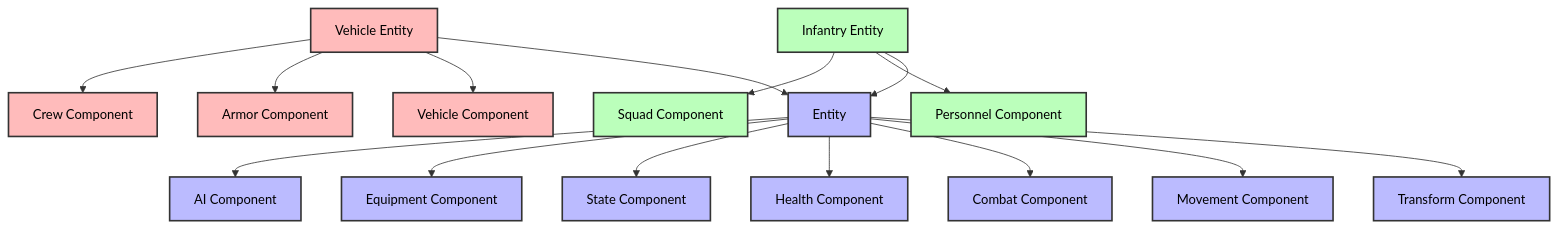
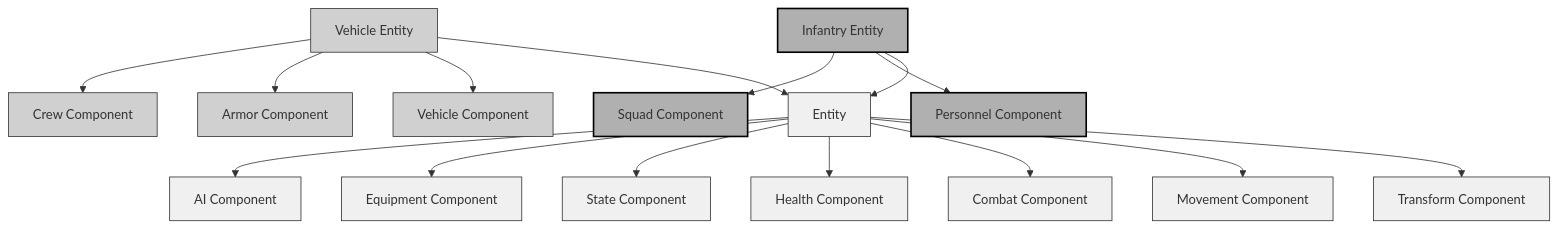
One commit to jukofyork/close-combat-architecture-study changed the fifth of 8 diagrams in appendix_b_unit_attribute_systems.md. Above: the diagram before and after it, drawn with Mermaid. The commit also changed other lines of this file and 15 other files, not shown here.

````diff
--- a/appendix_b_unit_attribute_systems.md
+++ b/appendix_b_unit_attribute_systems.md
@@ -1063,27 +1063,27 @@
 ```mermaid
 flowchart TD
     A["Entity"] --> B["Transform Component"]
     A --> C["Movement Component"]
     A --> D["Combat Component"]
     A --> E["Health Component"]
     A --> F["State Component"]
     A --> G["Equipment Component"]
     A --> H["AI Component"]
 
     I["Vehicle Entity"] --> A
     I --> J["Vehicle Component"]
     I --> K["Armor Component"]
     I --> L["Crew Component"]
 
     M["Infantry Entity"] --> A
     M --> N["Personnel Component"]
     M --> O["Squad Component"]
 
-    classDef default fill:#f9f,stroke:#333,stroke-width:2px,color:#000
-    classDef base fill:#bbf,stroke:#333,stroke-width:2px,color:#000
-    classDef vehicle fill:#fbb,stroke:#333,stroke-width:2px,color:#000
-    classDef infantry fill:#bfb,stroke:#333,stroke-width:2px,color:#000
-    class A,B,C,D,E,F,G,H base
-    class I,J,K,L vehicle
-    class M,N,O infantry
+    classDef default fill:#fff,stroke:#000,stroke-width:1px
+    classDef light fill:#f0f0f0,stroke:#333,stroke-width:1px
+    classDef medium fill:#d0d0d0,stroke:#333,stroke-width:1px
+    classDef dark fill:#b0b0b0,stroke:#000,stroke-width:2px
+    class A,B,C,D,E,F,G,H light
+    class I,J,K,L medium
+    class M,N,O dark
 ```
````
